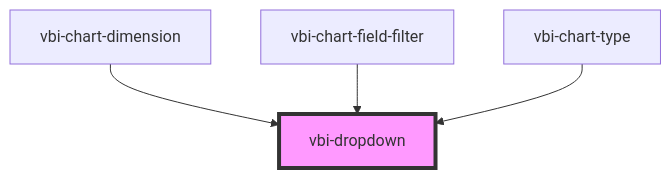
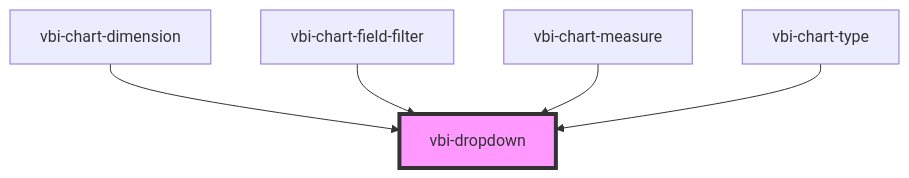
The diagram in packages/vbi-component/src/components/ui/vbi-dropdown/readme.md (Ditto190/VBI-modme), drawn with Mermaid before and after one commit. The commit also changed other lines of this file and 17 other files, not shown here.

Commit message:
feat(chart): add vbi-chart-measure to chart shelf panel

````diff
--- a/packages/vbi-component/src/components/ui/vbi-dropdown/readme.md
+++ b/packages/vbi-component/src/components/ui/vbi-dropdown/readme.md
@@ -36,7 +37,8 @@
 ```mermaid
 graph TD;
   vbi-chart-dimension --> vbi-dropdown
   vbi-chart-field-filter --> vbi-dropdown
+  vbi-chart-measure --> vbi-dropdown
   vbi-chart-type --> vbi-dropdown
   style vbi-dropdown fill:#f9f,stroke:#333,stroke-width:4px
 ```
````
